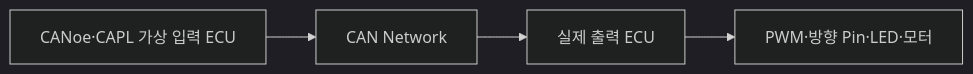
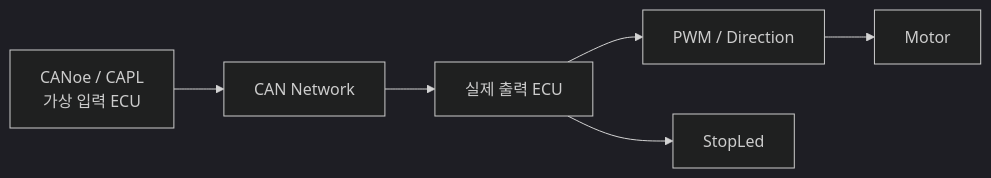
The second of 6 diagrams in iso26262-sbw-failsafe/workproducts/08_System_Verification.md (kwangil1245-code/iso26262-sbw-failsafe), drawn with Mermaid (dark theme) before and after one commit. The commit also changed other lines of this file, not shown here.

````diff
--- a/iso26262-sbw-failsafe/workproducts/08_System_Verification.md
+++ b/iso26262-sbw-failsafe/workproducts/08_System_Verification.md
@@ -39,6 +61,10 @@
 ```mermaid
 flowchart LR
-    C["CANoe·CAPL 가상 입력 ECU"] --> N["CAN Network"]
-    N --> O["실제 출력 ECU"]
-    O --> A["PWM·방향 Pin·LED·모터"]
+    A["CANoe / CAPL<br/>가상 입력 ECU"]
+    --> B["CAN Network"]
+    --> C["실제 출력 ECU"]
+    --> D["PWM / Direction"]
+    --> E["Motor"]
+
+    C --> F["StopLed"]
 ```
````
